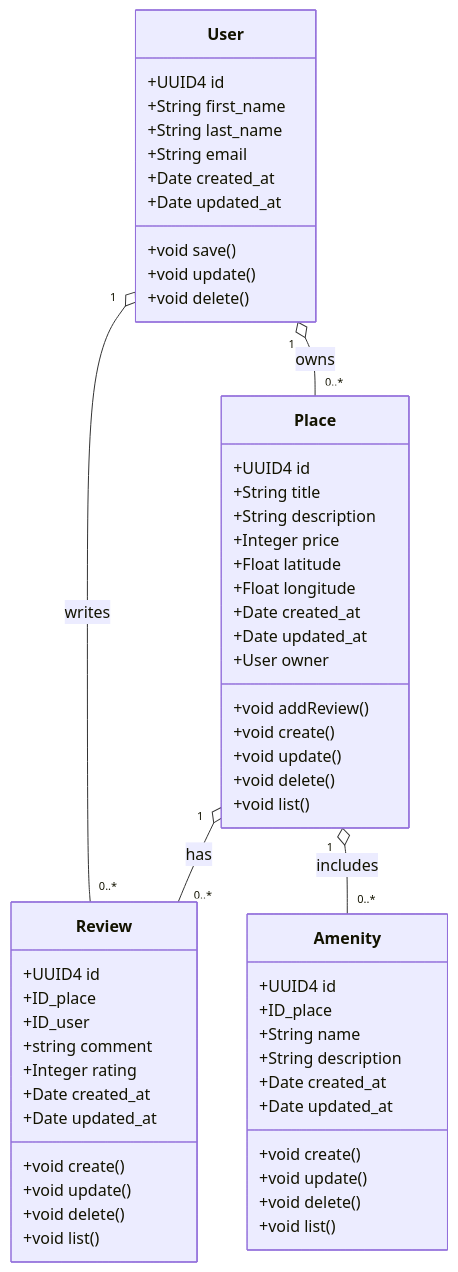
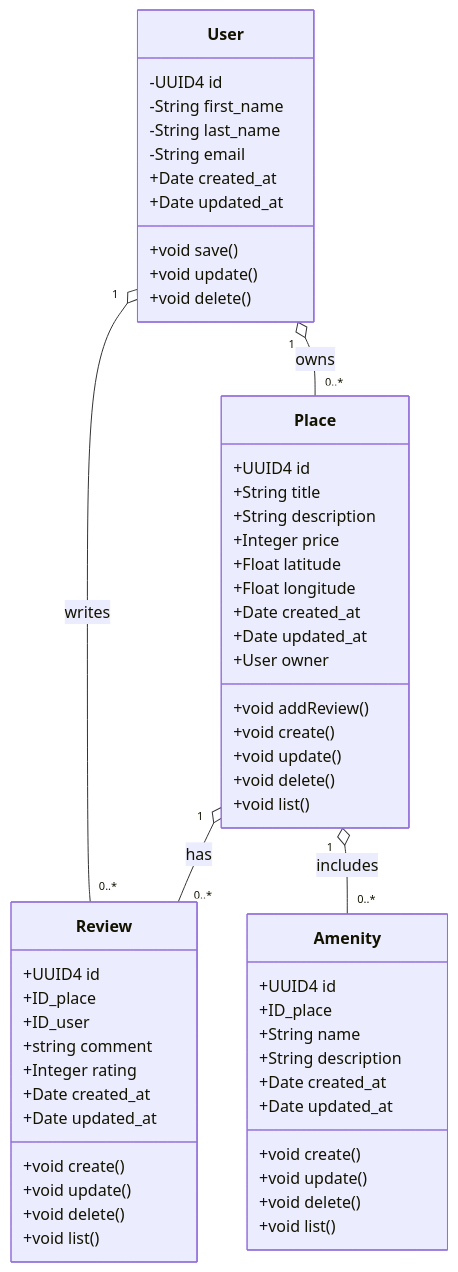
The diagram in part1/1. Detailed Class Diagram for Business Logic Layer.md (BenoitMain/holbertonschool-hbnb), drawn with Mermaid before and after one commit.

Commit message:
fix: Add multiplicity where relevant

````diff
--- a/part1/1. Detailed Class Diagram for Business Logic Layer.md
+++ b/part1/1. Detailed Class Diagram for Business Logic Layer.md
@@ -59,65 +59,65 @@
 ```mermaid
 
 classDiagram
   class User {
-      +UUID4 id
-      +String first_name
-      +String last_name
-      +String email
+      -UUID4 id
+      -String first_name
+      -String last_name
+      -String email
       +Date created_at
       +Date updated_at
       +void save()
       +void update()
       +void delete()
   }
 
   class Place {
       +UUID4 id
       +String title
       +String description
       +Integer price
       +Float latitude
       +Float longitude
       +Date created_at
       +Date updated_at
       +User owner
       +void addReview()
       +void create()
       +void update()
       +void delete()
       +void list()
   }
 
   class Review {
       +UUID4 id
       +ID_place
       +ID_user
       +string comment
       +Integer rating
       +Date created_at
       +Date updated_at
       +void create()
       +void update()
       +void delete()
       +void list()
   }
 
   class Amenity {
       +UUID4 id
       +ID_place
       +String name
       +String description
       +Date created_at
       +Date updated_at
       +void create()
       +void update()
       +void delete()
       +void list()
   }
 
   User  "1" o-- "0..*" Place : owns
   User  "1" o-- "0..*" Review : writes
   Place "1" o-- "0..*" Review : has
   Place "1" o-- "0..*" Amenity : includes
 
 ```
````
